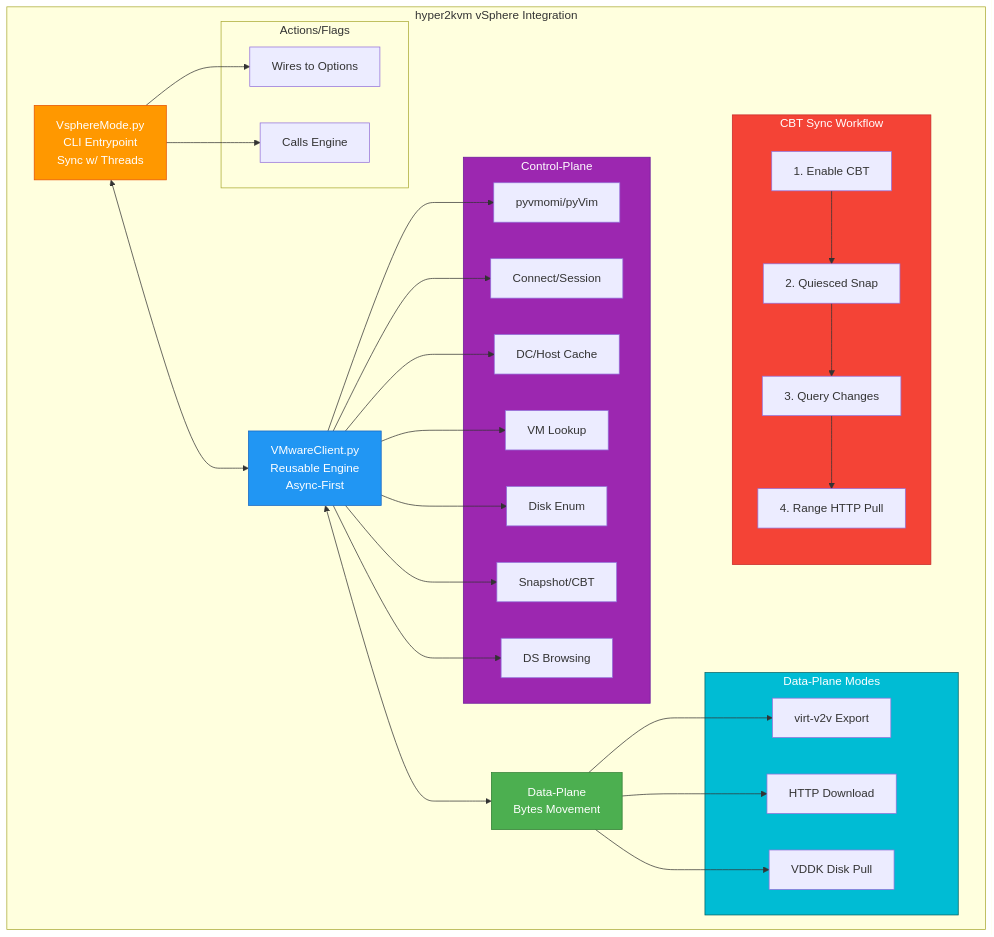
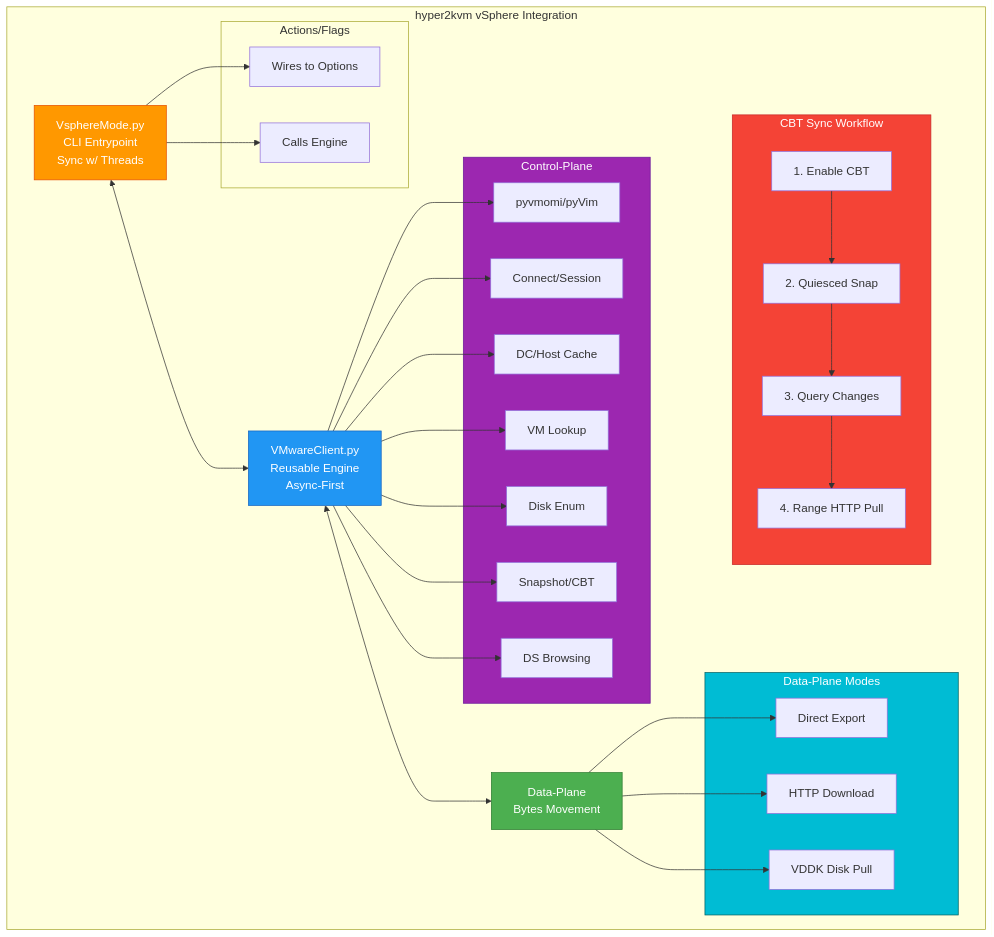
Before and after one commit to ssahani/hyper2kvm: the first of 3 diagrams in docs/features/vsphere-design.md, drawn with Mermaid. The commit also changed other lines of this file and 3 other files, not shown here.

````diff
--- a/docs/features/vsphere-design.md
+++ b/docs/features/vsphere-design.md
@@ -109,62 +109,62 @@
 ```mermaid
 graph TB
     subgraph HV["hyper2kvm vSphere Integration"]
         CLI[VsphereMode.py<br/>CLI Entrypoint<br/>Sync w/ Threads]
         Engine[VMwareClient.py<br/>Reusable Engine<br/>Async-First]
         DataPlane[Data-Plane<br/>Bytes Movement]
 
         CLI <--> Engine
         Engine <--> DataPlane
 
         subgraph CP["Control-Plane"]
             CP1[pyvmomi/pyVim]
             CP2[Connect/Session]
             CP3[DC/Host Cache]
             CP4[VM Lookup]
             CP5[Disk Enum]
             CP6[Snapshot/CBT]
             CP7[DS Browsing]
         end
 
         subgraph AF["Actions/Flags"]
             AF1[Wires to Options]
             AF2[Calls Engine]
         end
 
         subgraph DP["Data-Plane Modes"]
-            DP1[virt-v2v Export]
+            DP1[Direct Export]
             DP2[HTTP Download]
             DP3[VDDK Disk Pull]
         end
 
         subgraph CBT["CBT Sync Workflow"]
             CBT1[1. Enable CBT]
             CBT2[2. Quiesced Snap]
             CBT3[3. Query Changes]
             CBT4[4. Range HTTP Pull]
             CBT1 --> CBT2 --> CBT3 --> CBT4
         end
 
         Engine --> CP1
         Engine --> CP2
         Engine --> CP3
         Engine --> CP4
         Engine --> CP5
         Engine --> CP6
         Engine --> CP7
 
         CLI --> AF1
         CLI --> AF2
 
         DataPlane --> DP1
         DataPlane --> DP2
         DataPlane --> DP3
     end
 
     style CLI fill:#FF9800,stroke:#E65100,color:#fff
     style Engine fill:#2196F3,stroke:#1565C0,color:#fff
     style DataPlane fill:#4CAF50,stroke:#2E7D32,color:#fff
     style CP fill:#9C27B0,stroke:#6A1B9A,color:#fff
     style DP fill:#00BCD4,stroke:#006064,color:#fff
     style CBT fill:#F44336,stroke:#C62828,color:#fff
 ```
````
